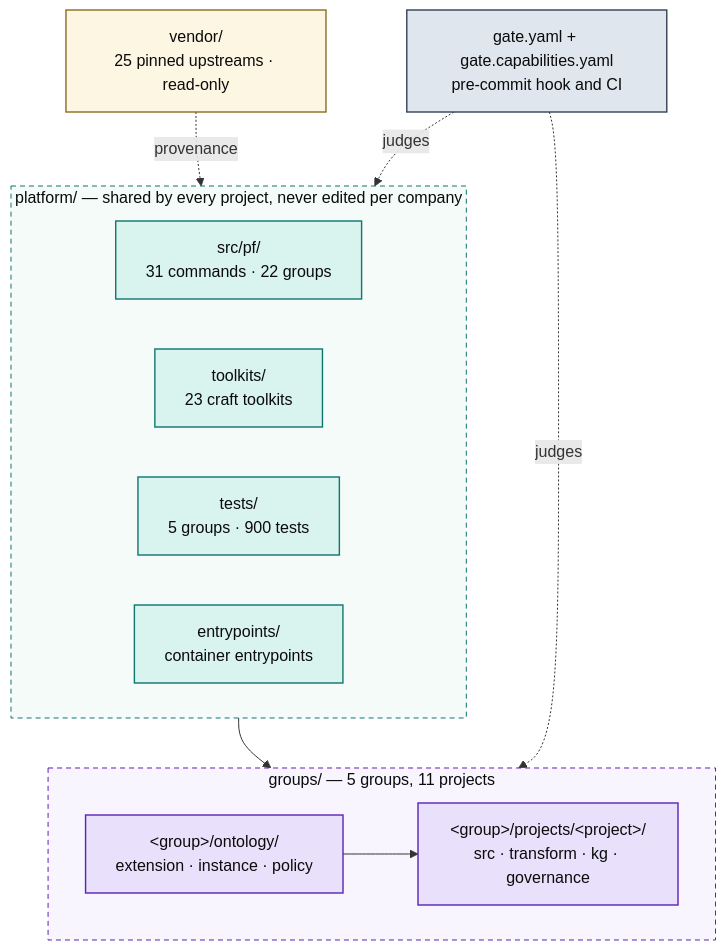
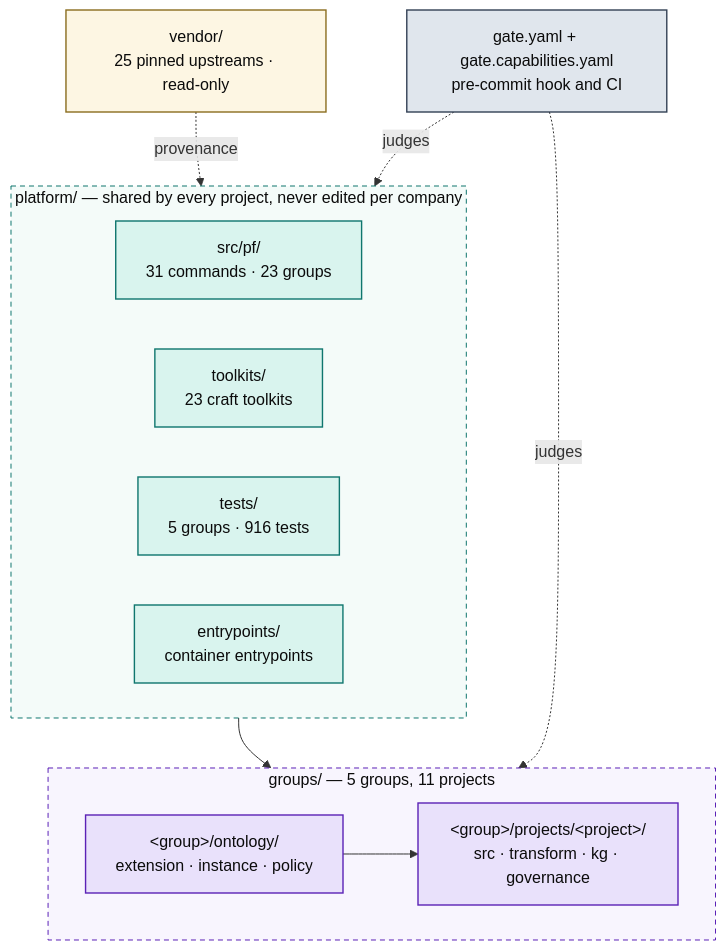
One commit to Atomz-org/data-platform changed the first of 5 diagrams in docs/ARCHITECTURE.md. Above: the diagram before and after it, drawn with Mermaid. The commit also changed other lines of this file and 8 other files, not shown here.

````diff
--- a/docs/ARCHITECTURE.md
+++ b/docs/ARCHITECTURE.md
@@ -15,36 +15,36 @@
 ```mermaid
 flowchart TB
   subgraph SHARED["platform/ — shared by every project, never edited per company"]
     direction LR
-    ENG["src/pf/<br/>31 commands · 22 groups"]
+    ENG["src/pf/<br/>31 commands · 23 groups"]
     TK["toolkits/<br/>23 craft toolkits"]
-    TST["tests/<br/>5 groups · 900 tests"]
+    TST["tests/<br/>5 groups · 916 tests"]
     ENT["entrypoints/<br/>container entrypoints"]
   end
 
   subgraph ENTITIES["groups/ — 5 groups, 11 projects"]
     direction LR
     GRP["&lt;group&gt;/ontology/<br/>extension · instance · policy"]
     PRJ["&lt;group&gt;/projects/&lt;project&gt;/<br/>src · transform · kg · governance"]
     GRP --> PRJ
   end
 
   VEN["vendor/<br/>25 pinned upstreams · read-only"]
   GATE["gate.yaml + gate.capabilities.yaml<br/>pre-commit hook and CI"]
 
   SHARED --> ENTITIES
   VEN -.provenance.-> SHARED
   GATE -.judges.-> ENTITIES
   GATE -.judges.-> SHARED
 
   classDef code fill:#d9f4ee,stroke:#0f766e,stroke-width:1.4px,color:#0b0b0b
   classDef data fill:#e9e1fb,stroke:#5b21b6,stroke-width:1.4px,color:#0b0b0b
   classDef gov fill:#e0e6ed,stroke:#334155,stroke-width:1.4px,color:#0b0b0b
   classDef ext fill:#fdf6e3,stroke:#8a6d1f,stroke-width:1.4px,color:#0b0b0b
   class ENG,TK,TST,ENT code
   class GRP,PRJ data
   class GATE gov
   class VEN ext
   style SHARED fill:#f4fbf9,stroke:#0f766e,stroke-dasharray:5 4,color:#0b0b0b
   style ENTITIES fill:#f8f5fe,stroke:#5b21b6,stroke-dasharray:5 4,color:#0b0b0b
 ```
````
